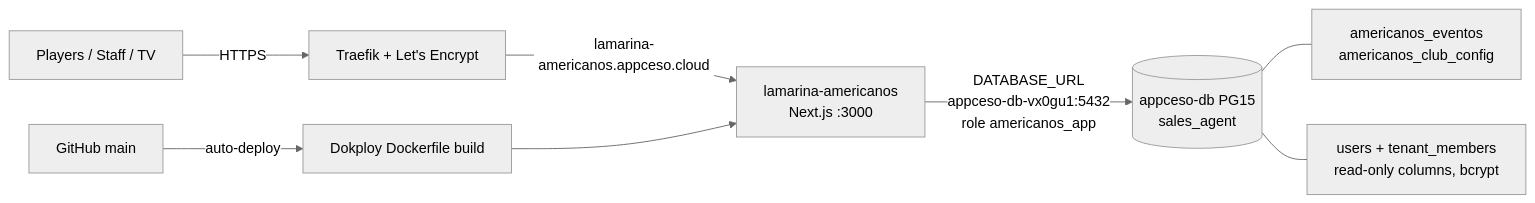
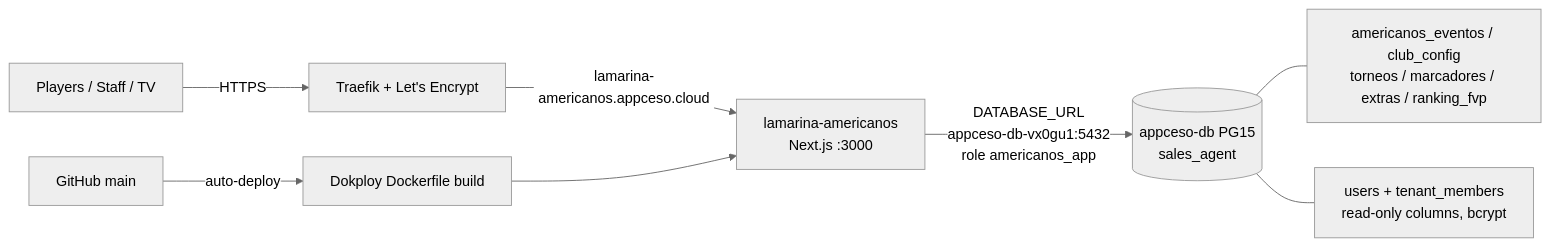
Before and after one commit to Cryptozuelan/lamarinasportclub: the diagram in docs/DEPLOY-DOKPLOY.md, drawn with Mermaid (neutral theme). The commit also changed other lines of this file and 3 other files, not shown here.

First line of the commit message:
feat(db): persist torneos, marcadores, extras and FVP ranking in Postgres

````diff
--- a/docs/DEPLOY-DOKPLOY.md
+++ b/docs/DEPLOY-DOKPLOY.md
@@ -11,9 +12,9 @@
 ```mermaid
 flowchart LR
   U[Players / Staff / TV] -->|HTTPS| T[Traefik + Let's Encrypt]
   T -->|lamarina-americanos.appceso.cloud| A[lamarina-americanos<br/>Next.js :3000]
   A -->|DATABASE_URL<br/>appceso-db-vx0gu1:5432<br/>role americanos_app| P[(appceso-db PG15<br/>sales_agent)]
-  P --- E[americanos_eventos<br/>americanos_club_config]
+  P --- E[americanos_eventos / club_config<br/>torneos / marcadores / extras / ranking_fvp]
   P --- L[users + tenant_members<br/>read-only columns, bcrypt]
   G[GitHub main] -->|auto-deploy| D[Dokploy Dockerfile build] --> A
 ```
````
